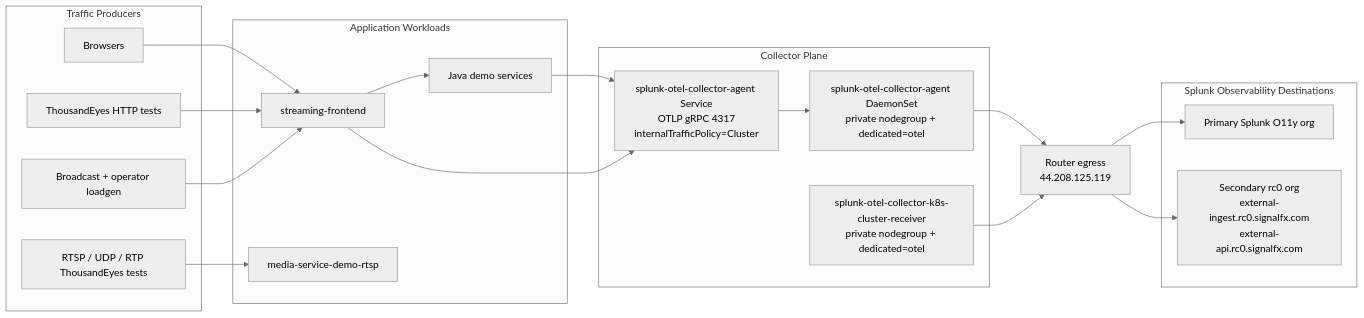
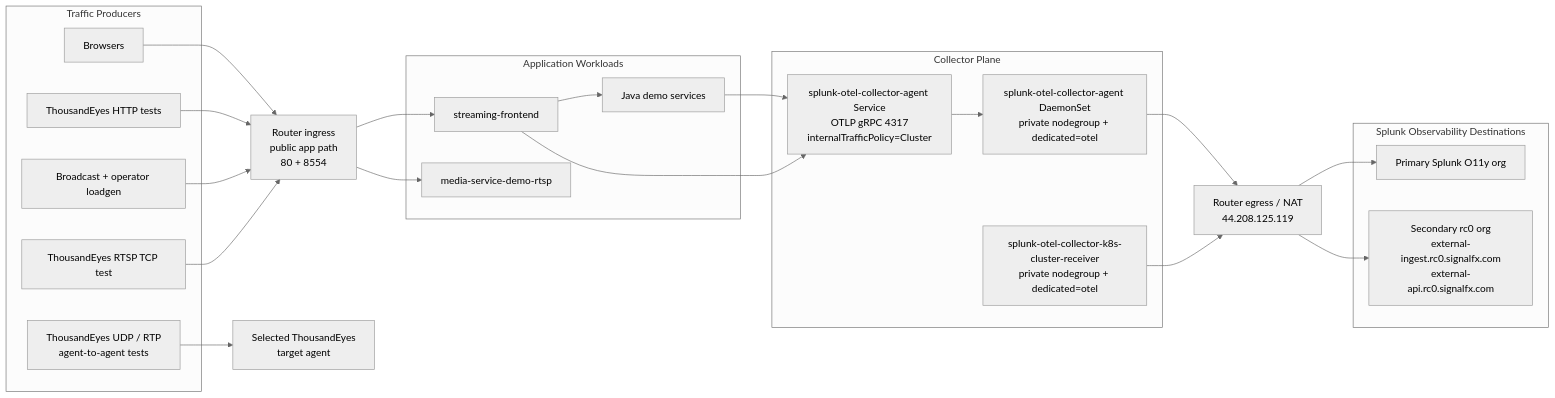
The diagram in docs/09-splunk-otel-traffic-architecture.md (chambear2809/streaming-service-app), drawn with Mermaid (neutral theme) before and after one commit. The commit also changed other lines of this file and 36 other files, not shown here.

Commit message:
Add RC0 RUM and ThousandEyes loadgen wiring

````diff
--- a/docs/09-splunk-otel-traffic-architecture.md
+++ b/docs/09-splunk-otel-traffic-architecture.md
@@ -17,44 +23,51 @@
 ```mermaid
 flowchart LR
     subgraph Producers["Traffic Producers"]
         Browser["Browsers"]
         TEHTTP["ThousandEyes HTTP tests"]
         Loadgen["Broadcast + operator loadgen"]
-        TEMedia["RTSP / UDP / RTP ThousandEyes tests"]
+        TERTSP["ThousandEyes RTSP TCP test"]
+        TEA2A["ThousandEyes UDP / RTP<br/>agent-to-agent tests"]
     end
 
     subgraph App["Application Workloads"]
         Frontend["streaming-frontend"]
         Services["Java demo services"]
         Rtsp["media-service-demo-rtsp"]
     end
 
     subgraph OTel["Collector Plane"]
         AgentSvc["splunk-otel-collector-agent Service<br/>OTLP gRPC 4317<br/>internalTrafficPolicy=Cluster"]
         Agents["splunk-otel-collector-agent DaemonSet<br/>private nodegroup + dedicated=otel"]
         ClusterRx["splunk-otel-collector-k8s-cluster-receiver<br/>private nodegroup + dedicated=otel"]
     end
 
-    Router["Router egress<br/>44.208.125.119"]
+    RouterIngress["Router ingress<br/>public app path<br/>80 + 8554"]
+    RouterEgress["Router egress / NAT<br/>44.208.125.119"]
+    TEA2ATarget["Selected ThousandEyes<br/>target agent"]
 
     subgraph Splunk["Splunk Observability Destinations"]
         Primary["Primary Splunk O11y org"]
         RC0["Secondary rc0 org<br/>external-ingest.rc0.signalfx.com<br/>external-api.rc0.signalfx.com"]
     end
 
-    Browser --> Frontend
-    TEHTTP --> Frontend
-    Loadgen --> Frontend
-    TEMedia --> Rtsp
+    Browser --> RouterIngress
+    TEHTTP --> RouterIngress
+    Loadgen --> RouterIngress
+    TERTSP --> RouterIngress
+    TEA2A --> TEA2ATarget
+
+    RouterIngress --> Frontend
+    RouterIngress --> Rtsp
 
     Frontend --> Services
     Services --> AgentSvc
     Frontend --> AgentSvc
     AgentSvc --> Agents
 
-    Agents --> Router
-    ClusterRx --> Router
+    Agents --> RouterEgress
+    ClusterRx --> RouterEgress
 
-    Router --> Primary
-    Router --> RC0
+    RouterEgress --> Primary
+    RouterEgress --> RC0
 ```
````
